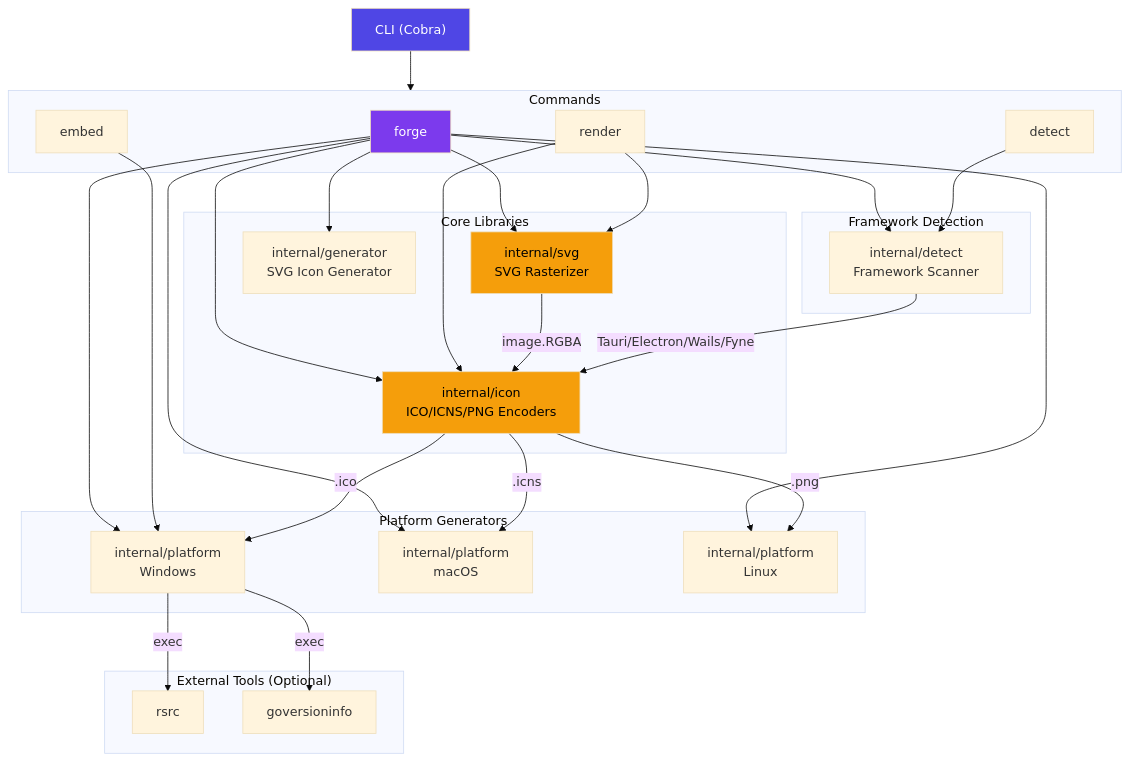
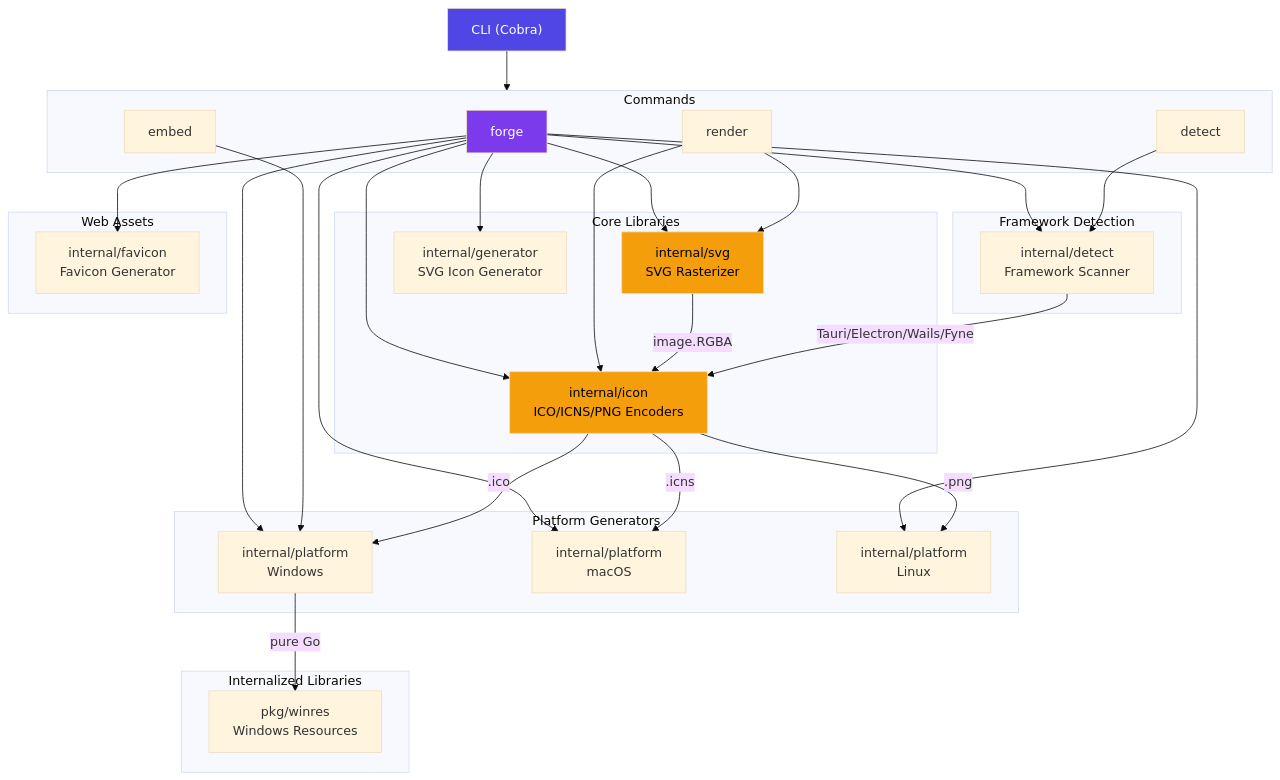
One commit to inovacc/iconforge changed the first of 4 diagrams in docs/ARCHITECTURE.md. Above: the diagram before and after it, drawn with Mermaid (base theme). The commit also changed other lines of this file and 41 other files, not shown here.

````diff
--- a/docs/ARCHITECTURE.md
+++ b/docs/ARCHITECTURE.md
@@ -5,58 +5,61 @@
 ```mermaid
 flowchart TB
     CLI["CLI (Cobra)"]
 
     subgraph Commands
         forge["forge"]
         render["render"]
         embed["embed"]
         detect_cmd["detect"]
     end
 
     subgraph Core ["Core Libraries"]
         svg["internal/svg<br/>SVG Rasterizer"]
         icon["internal/icon<br/>ICO/ICNS/PNG Encoders"]
         gen["internal/generator<br/>SVG Icon Generator"]
     end
 
     subgraph Platform ["Platform Generators"]
         win["internal/platform<br/>Windows"]
         mac["internal/platform<br/>macOS"]
         linux["internal/platform<br/>Linux"]
     end
 
     subgraph Detection ["Framework Detection"]
         fw["internal/detect<br/>Framework Scanner"]
     end
 
-    subgraph External ["External Tools (Optional)"]
-        rsrc["rsrc"]
-        gvi["goversioninfo"]
+    subgraph Internalized ["Internalized Libraries"]
+        winres["pkg/winres<br/>Windows Resources"]
+    end
+
+    subgraph Web ["Web Assets"]
+        fav["internal/favicon<br/>Favicon Generator"]
     end
 
     CLI --> Commands
     forge --> gen
     forge --> svg
     forge --> icon
     forge --> win & mac & linux
     forge --> fw
+    forge --> fav
     render --> svg
     render --> icon
     embed --> win
     detect_cmd --> fw
 
     svg -->|"image.RGBA"| icon
     icon -->|".ico"| win
     icon -->|".icns"| mac
     icon -->|".png"| linux
 
-    win -->|"exec"| rsrc
-    win -->|"exec"| gvi
+    win -->|"pure Go"| winres
 
     fw -->|"Tauri/Electron/Wails/Fyne"| icon
 
     style CLI fill:#4F46E5,color:#fff
     style forge fill:#7C3AED,color:#fff
     style svg fill:#F59E0B,color:#000
     style icon fill:#F59E0B,color:#000
 ```
````
